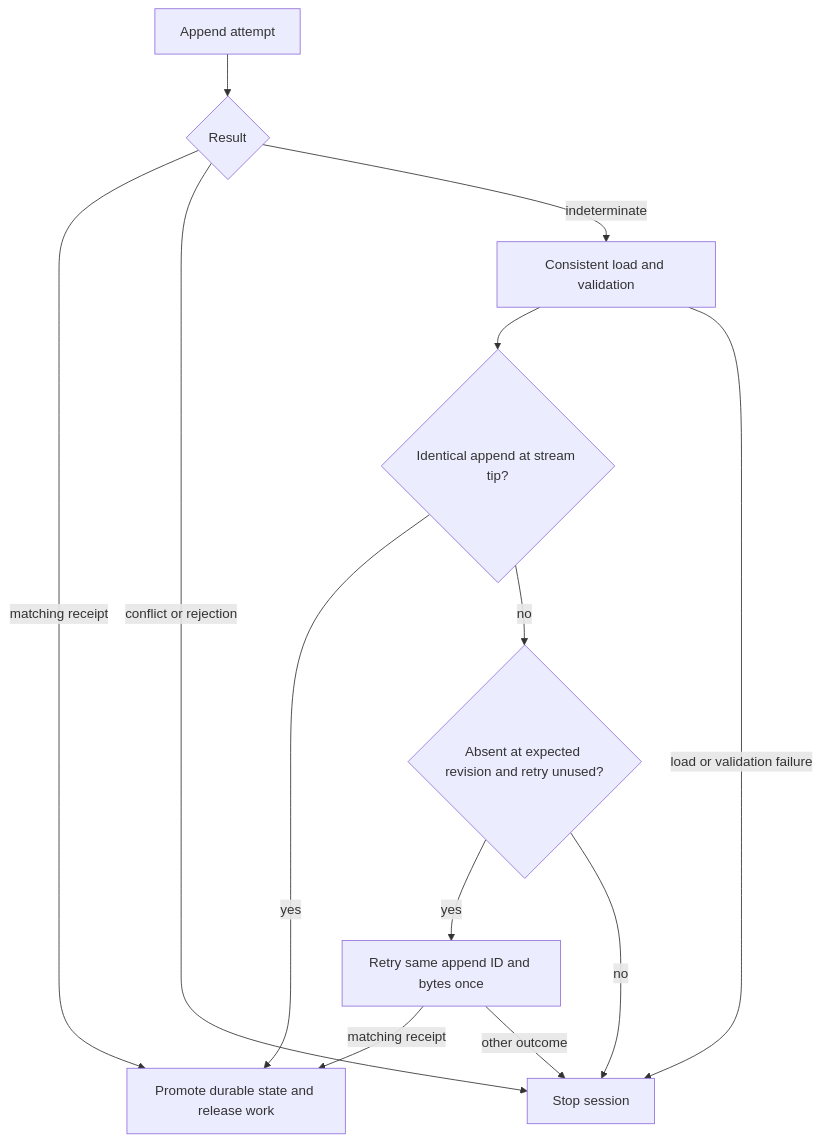
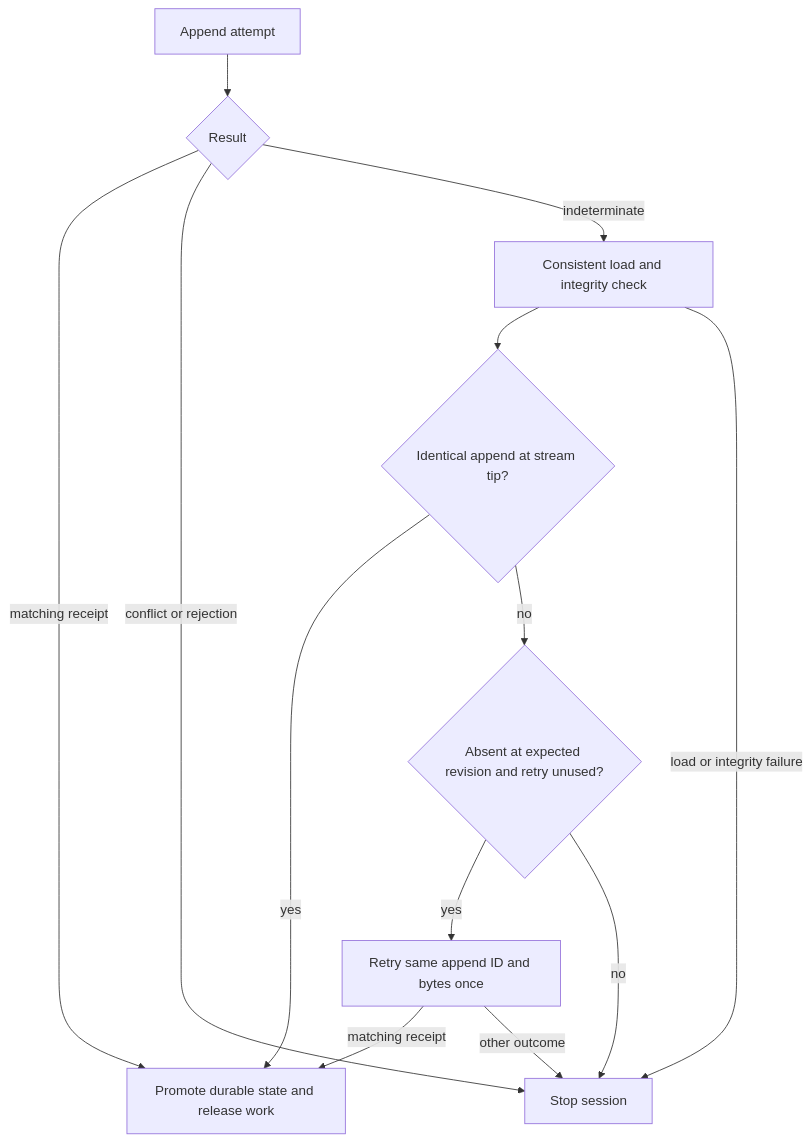
One commit to danbarua/labkit-agent changed the fifth of 9 diagrams in docs/session-runtime.md. Above: the diagram before and after it, drawn with Mermaid. The commit also changed other lines of this file and 16 other files, not shown here.

First line of the commit message:
Check only journal integrity when loading sessions

````diff
--- a/docs/session-runtime.md
+++ b/docs/session-runtime.md
@@ -113,15 +113,15 @@
 ```mermaid
 flowchart TD
   append[Append attempt] --> result{Result}
   result -->|matching receipt| release[Promote durable state and release work]
   result -->|conflict or rejection| stop[Stop session]
-  result -->|indeterminate| load[Consistent load and validation]
+  result -->|indeterminate| load[Consistent load and integrity check]
   load --> found{Identical append at stream tip?}
   found -->|yes| release
   found -->|no| absent{Absent at expected revision and retry unused?}
   absent -->|yes| retry[Retry same append ID and bytes once]
   absent -->|no| stop
   retry -->|matching receipt| release
   retry -->|other outcome| stop
-  load -->|load or validation failure| stop
+  load -->|load or integrity failure| stop
 ```
````
